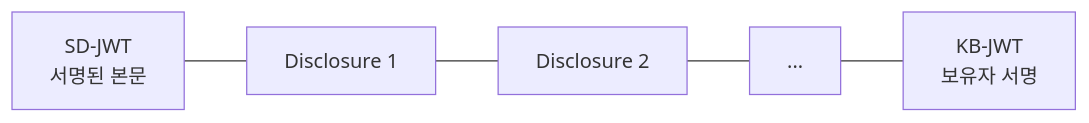
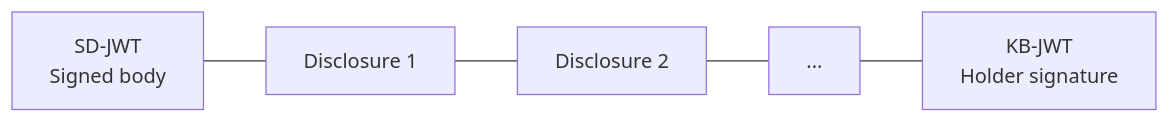
One commit to OmniOneID/poc-oid4vc changed the first of 3 diagrams in docs/concepts/sdjwt/sdjwt_overview.md. Above: the diagram before and after it, drawn with Mermaid. The commit also changed other lines of this file and 29 other files, not shown here.

````diff
--- a/docs/concepts/sdjwt/sdjwt_overview.md
+++ b/docs/concepts/sdjwt/sdjwt_overview.md
@@ -70,4 +70,4 @@
 ```mermaid
 flowchart LR
-    A[SD-JWT<br/>서명된 본문] --- B[Disclosure 1] --- C[Disclosure 2] --- D[...] --- E[KB-JWT<br/>보유자 서명]
+    A[SD-JWT<br/>Signed body] --- B[Disclosure 1] --- C[Disclosure 2] --- D[...] --- E[KB-JWT<br/>Holder signature]
 ```
````
